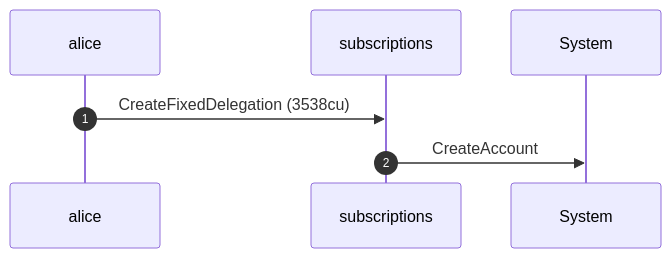
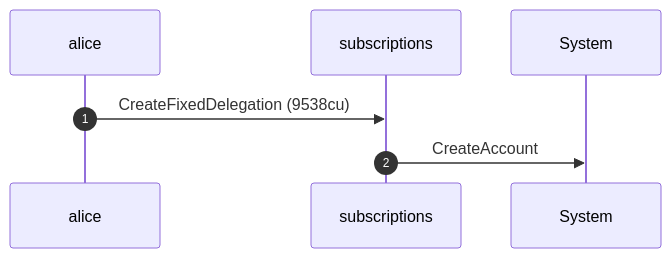
One commit to cds-rs/subscriptions changed the fifth of 12 diagrams in dsl_tests/fixed-transfer-within-the-drift-window-succeeds.md. Above: the diagram before and after it, drawn with Mermaid. The commit also changed other lines of this file and 224 other files, not shown here.

````diff
--- a/dsl_tests/fixed-transfer-within-the-drift-window-succeeds.md
+++ b/dsl_tests/fixed-transfer-within-the-drift-window-succeeds.md
@@ -104,9 +110,9 @@
 ```mermaid
 sequenceDiagram
     autonumber
     participant alice
     participant subscriptions
     participant System
-    alice ->> subscriptions: CreateFixedDelegation (3538cu)
+    alice ->> subscriptions: CreateFixedDelegation (9538cu)
     subscriptions ->> System: CreateAccount
 ```
````
